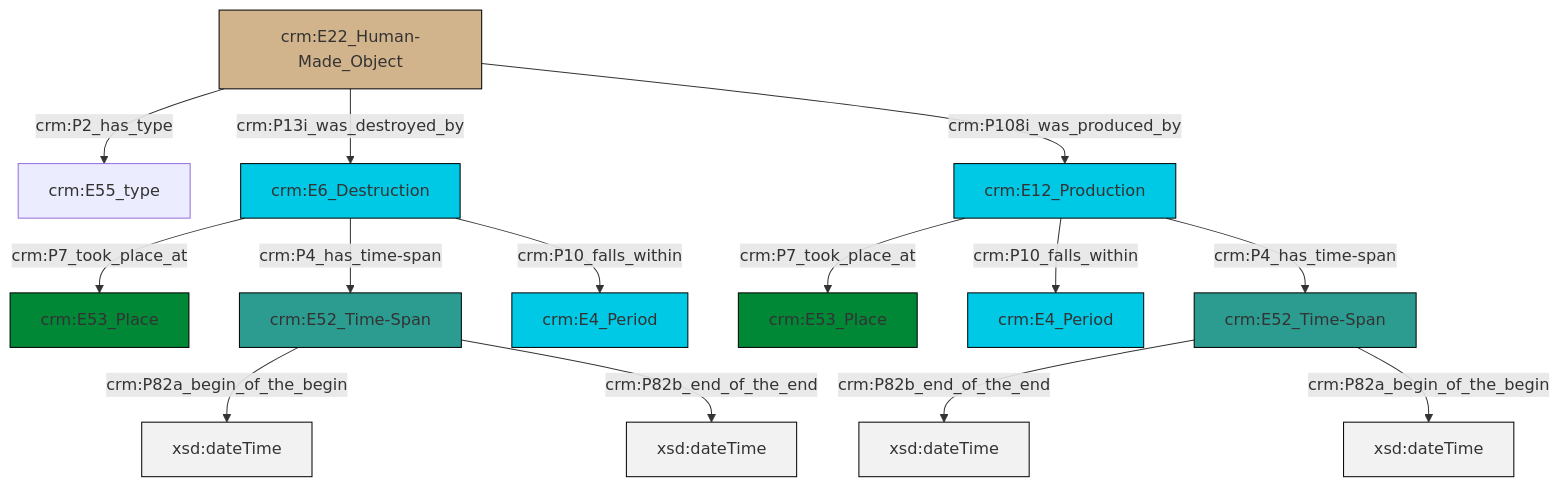
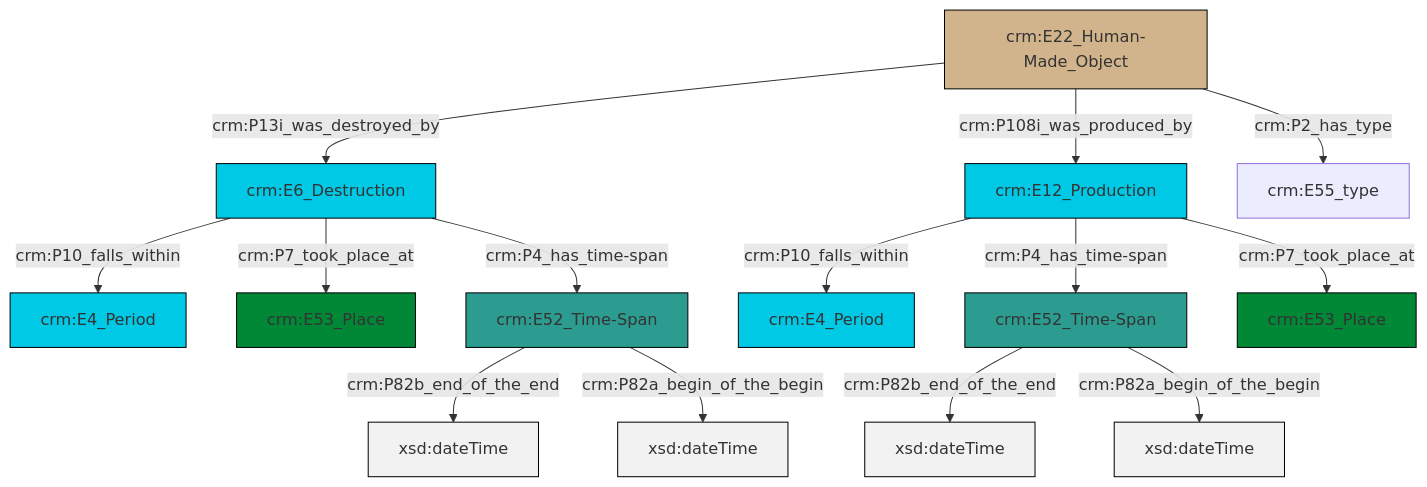
The diagram in et/builtWorkCSV/ttl/mmd/Built_Work_existence.ttl.mmd (swiss-art-research-net/reference-data-models), drawn with Mermaid before and after one commit. The commit also changed 128 other files, not shown here.

```diff
--- a/et/builtWorkCSV/ttl/mmd/Built_Work_existence.ttl.mmd
+++ b/et/builtWorkCSV/ttl/mmd/Built_Work_existence.ttl.mmd
@@ -1,28 +1,28 @@
 graph TD
 classDef Literal fill:#f2f2f2,stroke:#000000;
 classDef CRM_Entity fill:#FFFFFF,stroke:#000000;
 classDef Temporal_Entity fill:#00C9E6, stroke:#000000;
 classDef Type fill:#E18312, stroke:#000000;
 classDef Time-Span fill:#2C9C91, stroke:#000000;
 classDef Appellation fill:#FFEB7F, stroke:#000000;
 classDef Place fill:#008836, stroke:#000000;
 classDef Persistent_Item fill:#B266B2, stroke:#000000;
 classDef Conceptual_Object fill:#FFD700, stroke:#000000;
 classDef Physical_Thing fill:#D2B48C, stroke:#000000;
 classDef Actor fill:#f58aad, stroke:#000000;
 classDef PC_Classes fill:#4ce600, stroke:#000000;
 classDef Multi fill:#cccccc,stroke:#000000;
 
-2["crm:E12_Production"]:::Temporal_Entity -->|crm:P7_took_place_at| 3["crm:E53_Place"]:::Place
-9["crm:E6_Destruction"]:::Temporal_Entity -->|crm:P7_took_place_at| 0["crm:E53_Place"]:::Place
-6["crm:E22_Human-Made_Object"]:::Physical_Thing -->|crm:P2_has_type| 4["crm:E55_type"]:::Default
-10["crm:E52_Time-Span"]:::Time-Span -->|crm:P82a_begin_of_the_begin| 13[xsd:dateTime]:::Literal
-2["crm:E12_Production"]:::Temporal_Entity -->|crm:P10_falls_within| 14["crm:E4_Period"]:::Temporal_Entity
-9["crm:E6_Destruction"]:::Temporal_Entity -->|crm:P4_has_time-span| 10["crm:E52_Time-Span"]:::Time-Span
-15["crm:E52_Time-Span"]:::Time-Span -->|crm:P82b_end_of_the_end| 16[xsd:dateTime]:::Literal
-2["crm:E12_Production"]:::Temporal_Entity -->|crm:P4_has_time-span| 15["crm:E52_Time-Span"]:::Time-Span
-6["crm:E22_Human-Made_Object"]:::Physical_Thing -->|crm:P13i_was_destroyed_by| 9["crm:E6_Destruction"]:::Temporal_Entity
-10["crm:E52_Time-Span"]:::Time-Span -->|crm:P82b_end_of_the_end| 22[xsd:dateTime]:::Literal
-9["crm:E6_Destruction"]:::Temporal_Entity -->|crm:P10_falls_within| 17["crm:E4_Period"]:::Temporal_Entity
-15["crm:E52_Time-Span"]:::Time-Span -->|crm:P82a_begin_of_the_begin| 23[xsd:dateTime]:::Literal
-6["crm:E22_Human-Made_Object"]:::Physical_Thing -->|crm:P108i_was_produced_by| 2["crm:E12_Production"]:::Temporal_Entity
+0["crm:E12_Production"]:::Temporal_Entity -->|crm:P10_falls_within| 1["crm:E4_Period"]:::Temporal_Entity
+4["crm:E52_Time-Span"]:::Time-Span -->|crm:P82b_end_of_the_end| 6[xsd:dateTime]:::Literal
+7["crm:E6_Destruction"]:::Temporal_Entity -->|crm:P10_falls_within| 2["crm:E4_Period"]:::Temporal_Entity
+13["crm:E52_Time-Span"]:::Time-Span -->|crm:P82b_end_of_the_end| 14[xsd:dateTime]:::Literal
+7["crm:E6_Destruction"]:::Temporal_Entity -->|crm:P7_took_place_at| 16["crm:E53_Place"]:::Place
+7["crm:E6_Destruction"]:::Temporal_Entity -->|crm:P4_has_time-span| 4["crm:E52_Time-Span"]:::Time-Span
+4["crm:E52_Time-Span"]:::Time-Span -->|crm:P82a_begin_of_the_begin| 21[xsd:dateTime]:::Literal
+11["crm:E22_Human-Made_Object"]:::Physical_Thing -->|crm:P13i_was_destroyed_by| 7["crm:E6_Destruction"]:::Temporal_Entity
+11["crm:E22_Human-Made_Object"]:::Physical_Thing -->|crm:P108i_was_produced_by| 0["crm:E12_Production"]:::Temporal_Entity
+0["crm:E12_Production"]:::Temporal_Entity -->|crm:P4_has_time-span| 13["crm:E52_Time-Span"]:::Time-Span
+11["crm:E22_Human-Made_Object"]:::Physical_Thing -->|crm:P2_has_type| 9["crm:E55_type"]:::Default
+0["crm:E12_Production"]:::Temporal_Entity -->|crm:P7_took_place_at| 19["crm:E53_Place"]:::Place
+13["crm:E52_Time-Span"]:::Time-Span -->|crm:P82a_begin_of_the_begin| 23[xsd:dateTime]:::Literal
```
